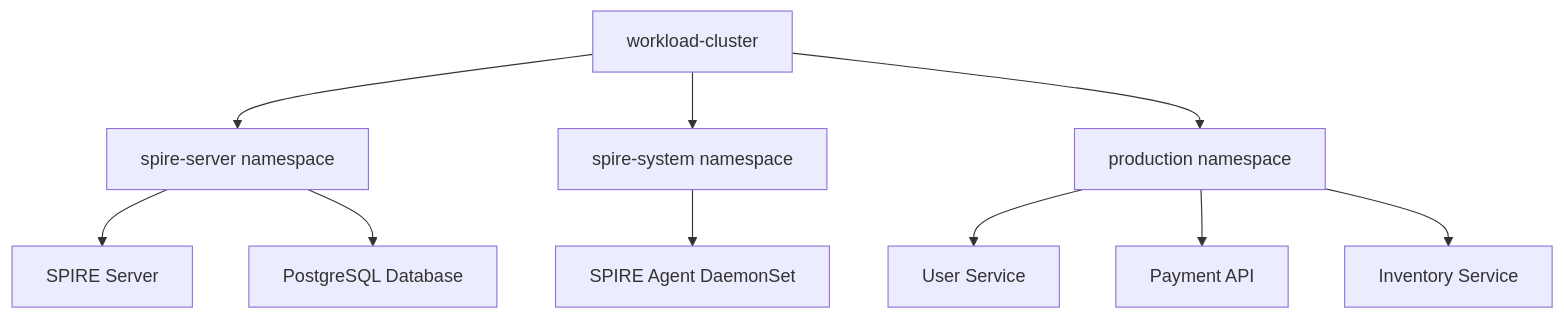
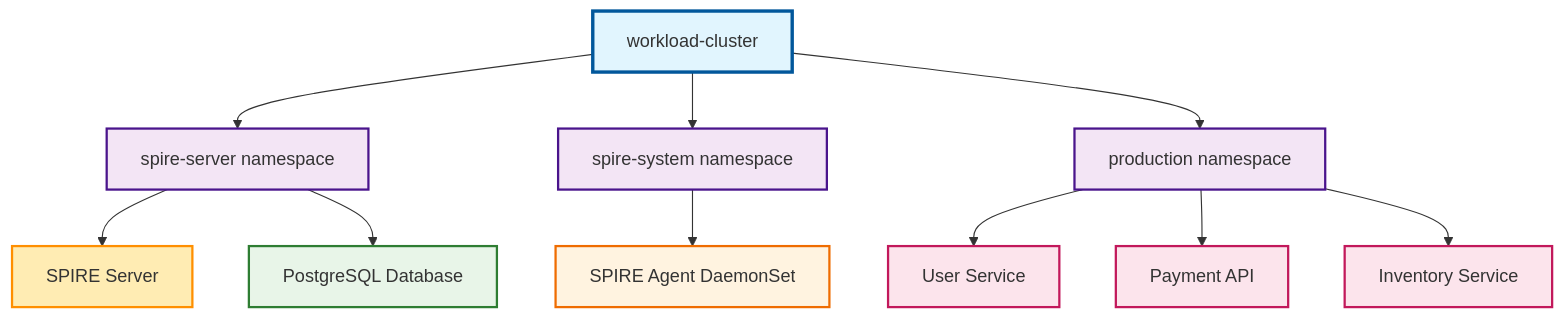
Before and after one commit to jfiser247/spire-dev: the first of 3 diagrams in docs-mkdocs/getting-started.md, drawn with Mermaid. The commit also changed other lines of this file and 8 other files, not shown here.

First line of the commit message:
Standardize all diagram formats and fix border alignment issues

````diff
--- a/docs-mkdocs/getting-started.md
+++ b/docs-mkdocs/getting-started.md
@@ -161,15 +161,27 @@
 ```mermaid
 graph TD
     A[workload-cluster] --> B[spire-server namespace]
     A --> C[spire-system namespace]
     A --> D[production namespace]
     
     B --> E[SPIRE Server]
     B --> F[PostgreSQL Database]
     
     C --> G[SPIRE Agent DaemonSet]
     
     D --> H[User Service]
     D --> I[Payment API]
     D --> J[Inventory Service]
+    
+    %% Consistent styling
+    style A fill:#e1f5fe,stroke:#01579b,stroke-width:3px
+    style B fill:#f3e5f5,stroke:#4a148c,stroke-width:2px
+    style C fill:#f3e5f5,stroke:#4a148c,stroke-width:2px
+    style D fill:#f3e5f5,stroke:#4a148c,stroke-width:2px
+    style E fill:#ffecb3,stroke:#ff8f00,stroke-width:2px
+    style F fill:#e8f5e8,stroke:#2e7d32,stroke-width:2px
+    style G fill:#fff3e0,stroke:#ef6c00,stroke-width:2px
+    style H fill:#fce4ec,stroke:#c2185b,stroke-width:2px
+    style I fill:#fce4ec,stroke:#c2185b,stroke-width:2px
+    style J fill:#fce4ec,stroke:#c2185b,stroke-width:2px
 ```
````
